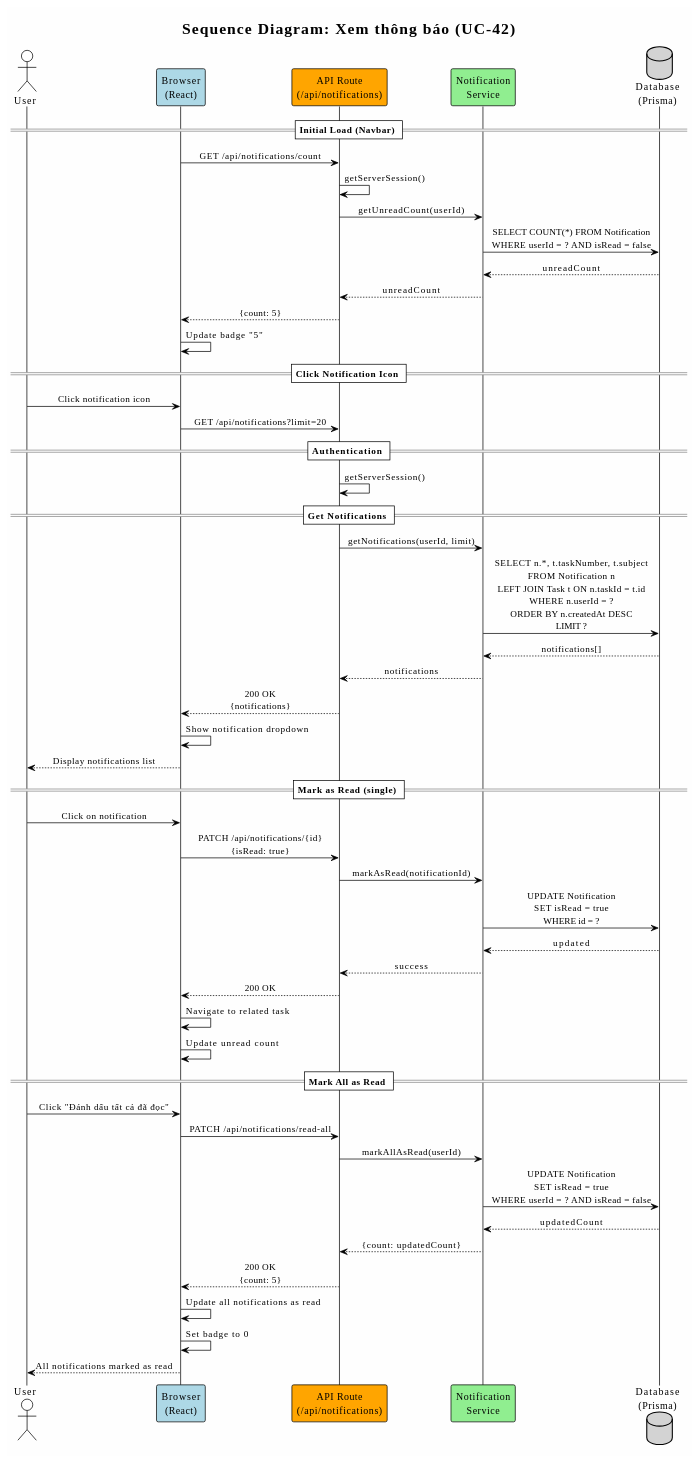
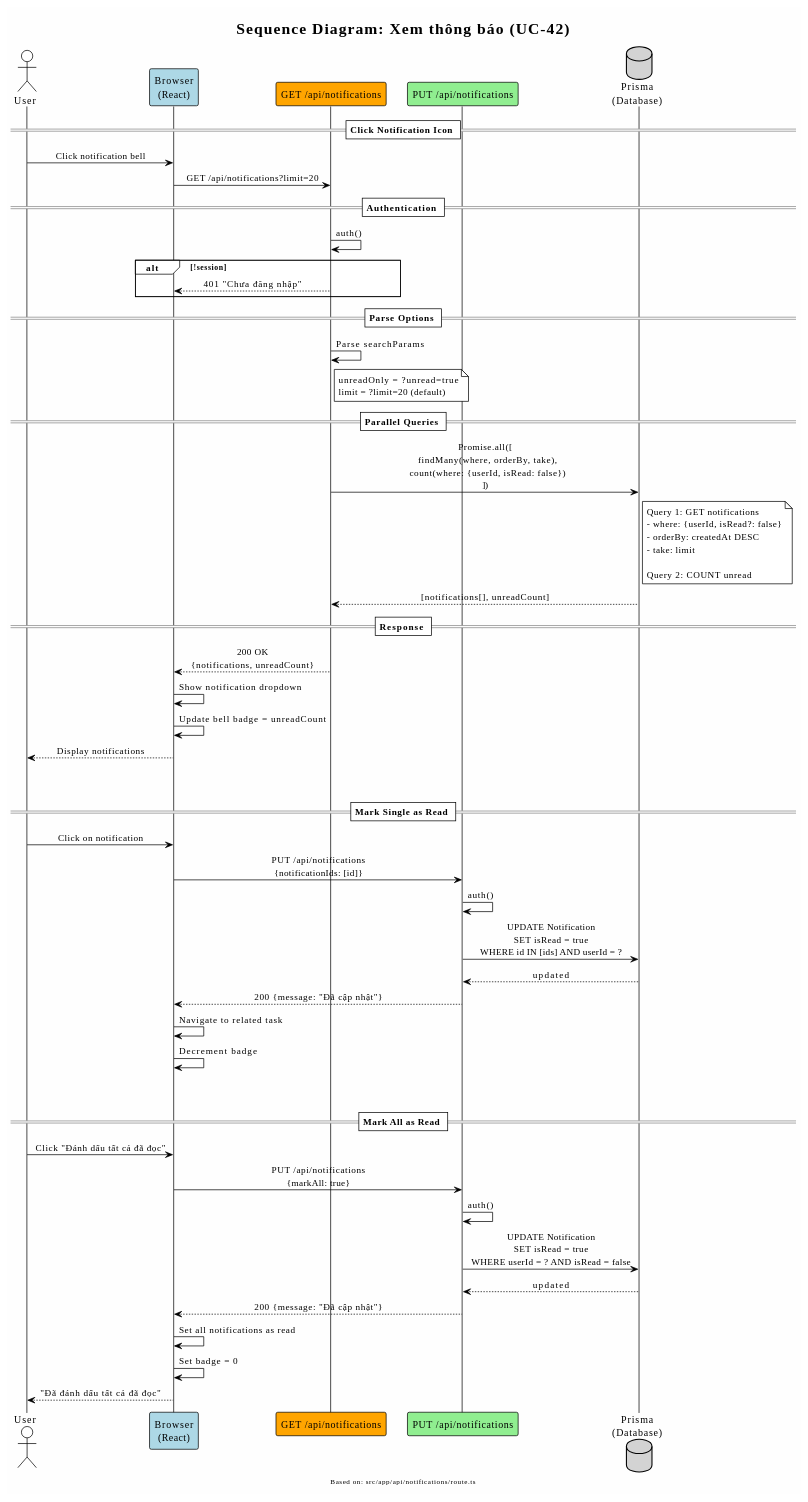
Before and after one commit to docuong039/worksphere: the diagram in docs/sequence_diagram/12-notifications.md, drawn with PlantUML. The commit also changed other lines of this file and 44 other files, not shown here.

Commit message:
update diagram trong docs

````diff
--- a/docs/sequence_diagram/12-notifications.md
+++ b/docs/sequence_diagram/12-notifications.md
@@ -26,65 +25,85 @@
 skinparam sequenceMessageAlign center
 
 title Sequence Diagram: Xem thông báo (UC-42)
+footer Based on: src/app/api/notifications/route.ts
 
 actor "User" as User
 participant "Browser\n(React)" as Browser #LightBlue
-participant "API Route\n(/api/notifications)" as API #Orange
-participant "Notification\nService" as NotifyService #LightGreen
-database "Database\n(Prisma)" as DB #LightGray
-
-== Initial Load (Navbar) ==
-Browser -> API: GET /api/notifications/count
-API -> API: getServerSession()
-API -> NotifyService: getUnreadCount(userId)
-NotifyService -> DB: SELECT COUNT(*) FROM Notification\nWHERE userId = ? AND isRead = false
-DB --> NotifyService: unreadCount
-NotifyService --> API: unreadCount
-API --> Browser: {count: 5}
-Browser -> Browser: Update badge "5"
+participant "GET /api/notifications" as GetAPI #Orange
+participant "PUT /api/notifications" as PutAPI #LightGreen
+database "Prisma\n(Database)" as DB #LightGray
 
 == Click Notification Icon ==
-User -> Browser: Click notification icon
-Browser -> API: GET /api/notifications?limit=20
+User -> Browser: Click notification bell
+
+Browser -> GetAPI: GET /api/notifications?limit=20
 
 == Authentication ==
-API -> API: getServerSession()
+GetAPI -> GetAPI: auth()
+alt !session
+    GetAPI --> Browser: 401 "Chưa đăng nhập"
+end
 
-== Get Notifications ==
-API -> NotifyService: getNotifications(userId, limit)
-NotifyService -> DB: SELECT n.*, t.taskNumber, t.subject\nFROM Notification n\nLEFT JOIN Task t ON n.taskId = t.id\nWHERE n.userId = ?\nORDER BY n.createdAt DESC\nLIMIT ?
-DB --> NotifyService: notifications[]
+== Parse Options ==
+GetAPI -> GetAPI: Parse searchParams
+note right of GetAPI
+  unreadOnly = ?unread=true
+  limit = ?limit=20 (default)
+end note
 
-NotifyService --> API: notifications
-API --> Browser: 200 OK\n{notifications}
+== Parallel Queries ==
+GetAPI -> DB: Promise.all([\n  findMany(where, orderBy, take),\n  count(where: {userId, isRead: false})\n])
+note right of DB
+  Query 1: GET notifications
+  - where: {userId, isRead?: false}
+  - orderBy: createdAt DESC
+  - take: limit
+  
+  Query 2: COUNT unread
+end note
+DB --> GetAPI: [notifications[], unreadCount]
+
+== Response ==
+GetAPI --> Browser: 200 OK\n{notifications, unreadCount}
 
 Browser -> Browser: Show notification dropdown
-Browser --> User: Display notifications list
+Browser -> Browser: Update bell badge = unreadCount
+Browser --> User: Display notifications
 
-== Mark as Read (single) ==
+||45||
+
+== Mark Single as Read ==
 User -> Browser: Click on notification
-Browser -> API: PATCH /api/notifications/{id}\n{isRead: true}
-API -> NotifyService: markAsRead(notificationId)
-NotifyService -> DB: UPDATE Notification\nSET isRead = true\nWHERE id = ?
-DB --> NotifyService: updated
-NotifyService --> API: success
-API --> Browser: 200 OK
+
+Browser -> PutAPI: PUT /api/notifications\n{notificationIds: [id]}
+
+PutAPI -> PutAPI: auth()
+
+PutAPI -> DB: UPDATE Notification\nSET isRead = true\nWHERE id IN [ids] AND userId = ?
+DB --> PutAPI: updated
+
+PutAPI --> Browser: 200 {message: "Đã cập nhật"}
 
 Browser -> Browser: Navigate to related task
-Browser -> Browser: Update unread count
+Browser -> Browser: Decrement badge
+
+||45||
 
 == Mark All as Read ==
 User -> Browser: Click "Đánh dấu tất cả đã đọc"
-Browser -> API: PATCH /api/notifications/read-all
-API -> NotifyService: markAllAsRead(userId)
-NotifyService -> DB: UPDATE Notification\nSET isRead = true\nWHERE userId = ? AND isRead = false
-DB --> NotifyService: updatedCount
-NotifyService --> API: {count: updatedCount}
-API --> Browser: 200 OK\n{count: 5}
 
-Browser -> Browser: Update all notifications as read
-Browser -> Browser: Set badge to 0
-Browser --> User: All notifications marked as read
+Browser -> PutAPI: PUT /api/notifications\n{markAll: true}
+
+PutAPI -> PutAPI: auth()
+
+PutAPI -> DB: UPDATE Notification\nSET isRead = true\nWHERE userId = ? AND isRead = false
+DB --> PutAPI: updated
+
+PutAPI --> Browser: 200 {message: "Đã cập nhật"}
+
+Browser -> Browser: Set all notifications as read
+Browser -> Browser: Set badge = 0
+Browser --> User: "Đã đánh dấu tất cả đã đọc"
 
 @enduml
 ```
````
